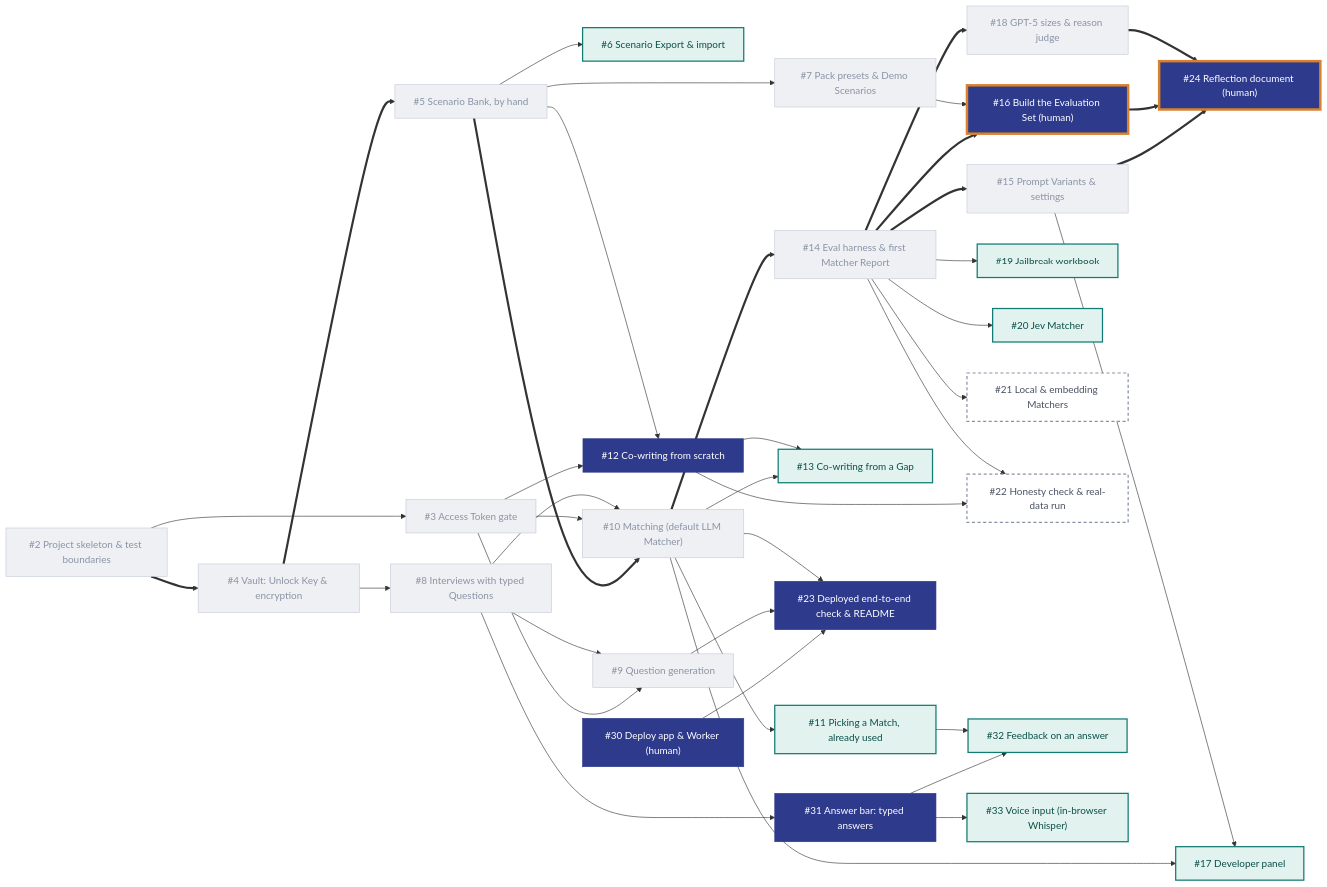
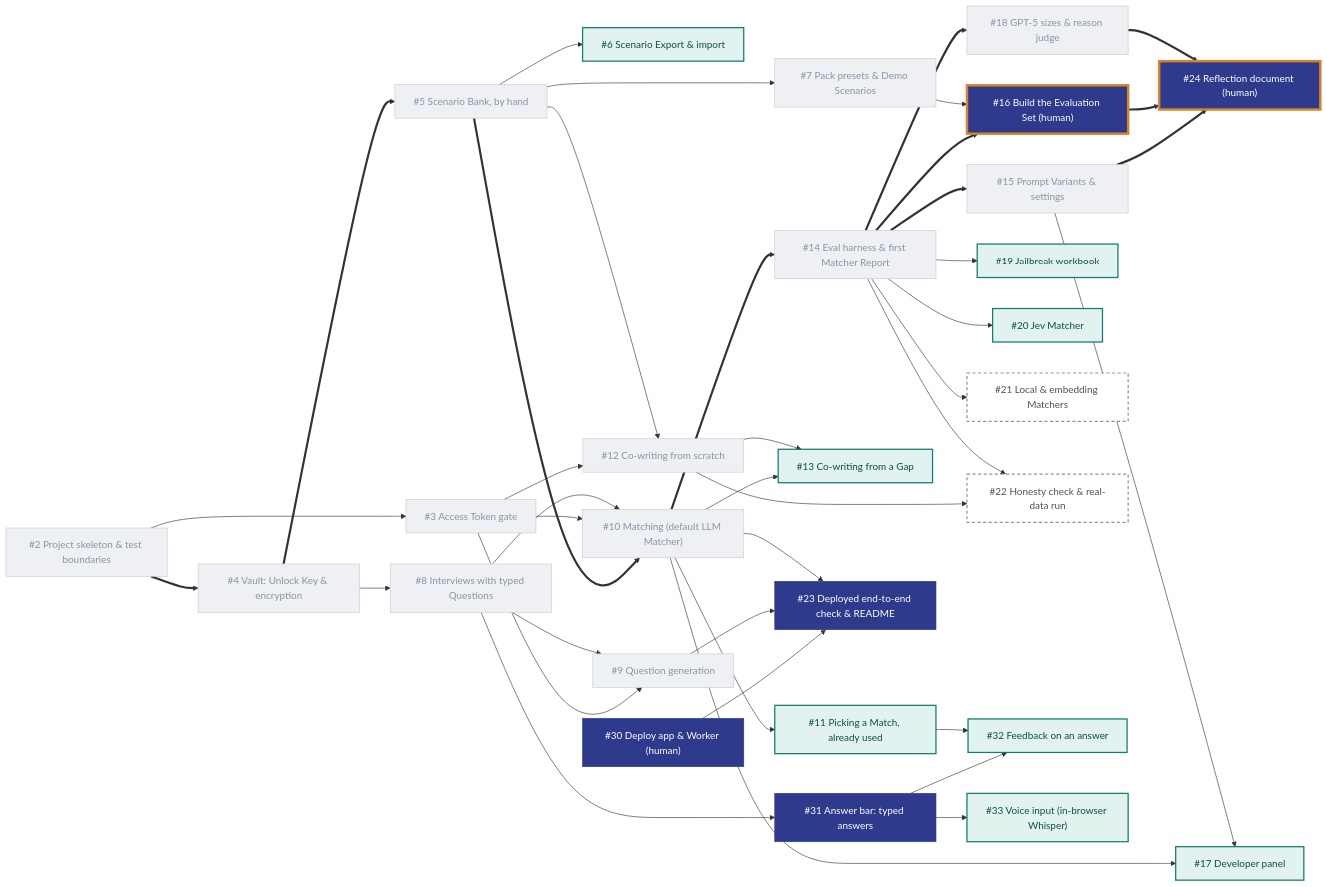
One commit to DerykHopley/interview-helper changed the diagram in README.md. Above: the diagram before and after it, drawn with Mermaid. The commit also changed 17 other files, not shown here.

````diff
--- a/README.md
+++ b/README.md
@@ -13,63 +13,63 @@
 ```mermaid
 flowchart LR
   T2["#2 Project skeleton & test boundaries"]
   T3["#3 Access Token gate"]
   T4["#4 Vault: Unlock Key & encryption"]
   T5["#5 Scenario Bank, by hand"]
   T6["#6 Scenario Export & import"]
   T7["#7 Pack presets & Demo Scenarios"]
   T8["#8 Interviews with typed Questions"]
   T9["#9 Question generation"]
   T10["#10 Matching (default LLM Matcher)"]
   T11["#11 Picking a Match, already used"]
   T12["#12 Co-writing from scratch"]
   T13["#13 Co-writing from a Gap"]
   T14["#14 Eval harness & first Matcher Report"]
   T15["#15 Prompt Variants & settings"]
   T16["#16 Build the Evaluation Set (human)"]
   T17["#17 Developer panel"]
   T18["#18 GPT-5 sizes & reason judge"]
   T19["#19 Jailbreak workbook"]
   T20["#20 Jev Matcher"]
   T21["#21 Local & embedding Matchers"]
   T22["#22 Honesty check & real-data run"]
   T23["#23 Deployed end-to-end check & README"]
   T24["#24 Reflection document (human)"]
   T30["#30 Deploy app & Worker (human)"]
   T31["#31 Answer bar: typed answers"]
   T32["#32 Feedback on an answer"]
   T33["#33 Voice input (in-browser Whisper)"]
 
   %% critical path (thick arrows)
   T2 ==> T4 ==> T5 ==> T10 ==> T14
   T14 ==> T15 ==> T24
   T14 ==> T16 ==> T24
   T14 ==> T18 ==> T24
 
   %% other dependencies
   T2 --> T3
   T3 --> T9 & T10 & T12
   T4 --> T8
   T5 --> T6 & T7 & T12
   T8 --> T9 & T10 & T31
   T10 --> T11 & T13 & T17
   T12 --> T13 & T22
   T7 --> T16
   T14 --> T19 & T20 & T21 & T22
   T15 --> T17
   T31 --> T32 & T33
   T11 --> T32
   T30 & T9 & T10 --> T23
 
   classDef done fill:#EEF0F4,color:#8A93A6,stroke:#C5CAD6,stroke-width:1px
   classDef must fill:#2E3A8C,color:#fff,stroke:#2E3A8C
   classDef mustcrit fill:#2E3A8C,color:#fff,stroke:#D9822B,stroke-width:4px
   classDef should fill:#E2F2EF,color:#0B4F49,stroke:#0F7B72,stroke-width:2px
   classDef could fill:#fff,color:#4A5263,stroke:#8A93A6,stroke-width:2px,stroke-dasharray:5 4
 
-  class T2,T3,T4,T5,T7,T8,T9,T10,T14,T15,T18 done
+  class T2,T3,T4,T5,T7,T8,T9,T10,T12,T14,T15,T18 done
   class T16,T24 mustcrit
-  class T12,T23,T30,T31 must
+  class T23,T30,T31 must
   class T6,T11,T13,T17,T19,T20,T32,T33 should
   class T21,T22 could
 ```
````
